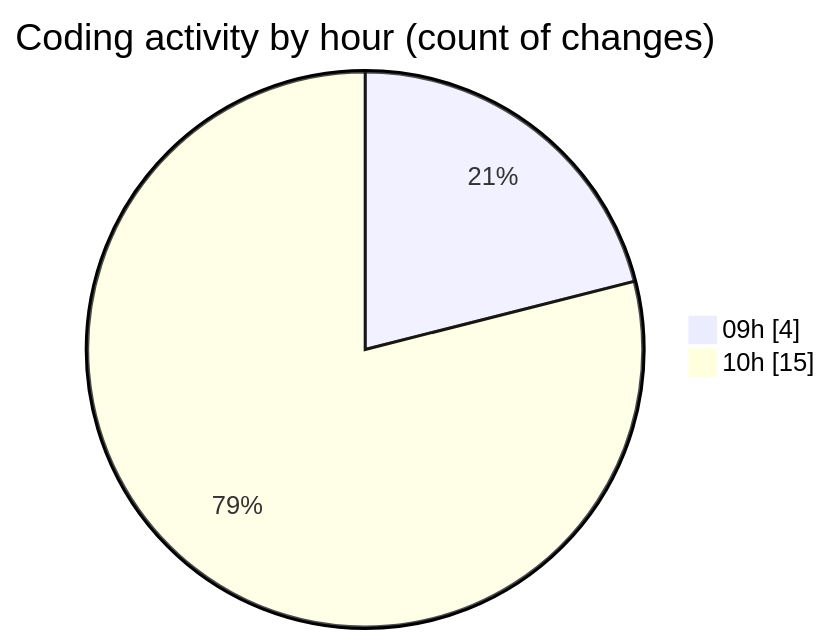
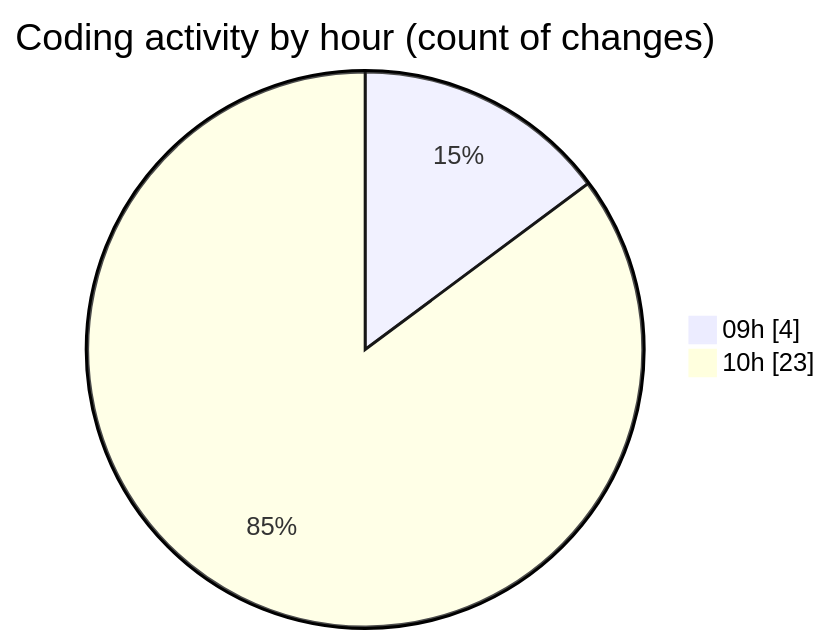
One commit to IJAZ3593/code-tracking changed the second of 2 diagrams in 2025-09-14/new_folder/README.md. Above: the diagram before and after it, drawn with Mermaid. The commit also changed other lines of this file and 1 other file, not shown here.

````diff
--- a/2025-09-14/new_folder/README.md
+++ b/2025-09-14/new_folder/README.md
@@ -32,6 +32,6 @@
 ```mermaid
 pie showData
 title Coding activity by hour (count of changes)
 "09h" : 4
-"10h" : 15
+"10h" : 23
 ```
````
